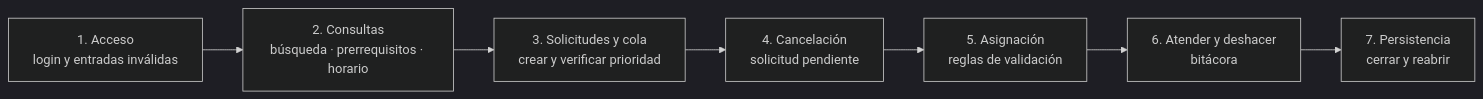
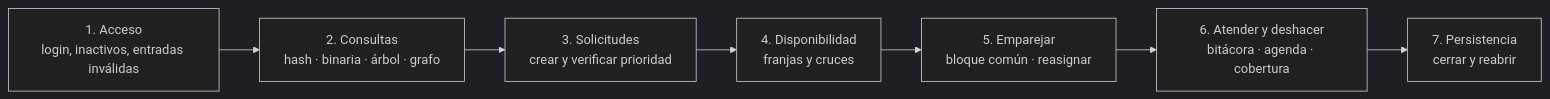
The third of 4 diagrams in README.md (worksedu-prog/Algoritmos-2026-S2-PROYECTO), drawn with Mermaid (dark theme) before and after one commit. The commit also changed other lines of this file, not shown here.

````diff
--- a/README.md
+++ b/README.md
@@ -301,9 +372,9 @@
 ```mermaid
 flowchart LR
-    P1[1. Acceso<br/>login y entradas inválidas] --> P2[2. Consultas<br/>búsqueda · prerrequisitos · horario]
-    P2 --> P3[3. Solicitudes y cola<br/>crear y verificar prioridad]
-    P3 --> P4[4. Cancelación<br/>solicitud pendiente]
-    P4 --> P5[5. Asignación<br/>reglas de validación]
-    P5 --> P6[6. Atender y deshacer<br/>bitácora]
+    P1[1. Acceso<br/>login, inactivos, entradas inválidas] --> P2[2. Consultas<br/>hash · binaria · árbol · grafo]
+    P2 --> P3[3. Solicitudes<br/>crear y verificar prioridad]
+    P3 --> P4[4. Disponibilidad<br/>franjas y cruces]
+    P4 --> P5[5. Emparejar<br/>bloque común · reasignar]
+    P5 --> P6[6. Atender y deshacer<br/>bitácora · agenda · cobertura]
     P6 --> P7[7. Persistencia<br/>cerrar y reabrir]
 ```
````
